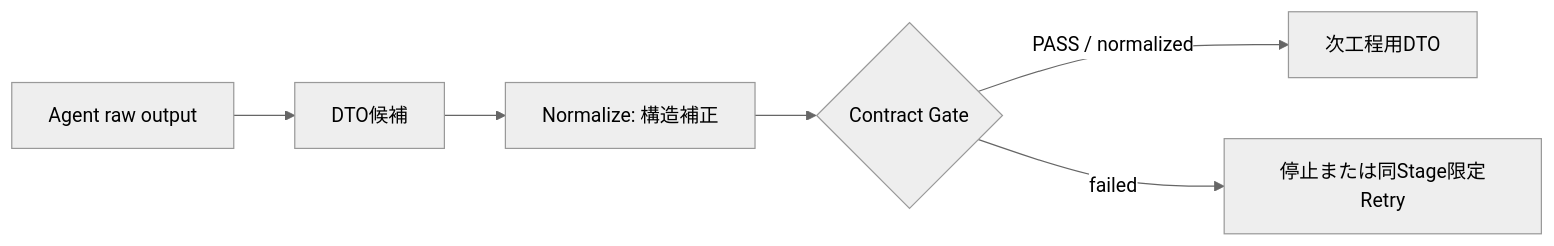
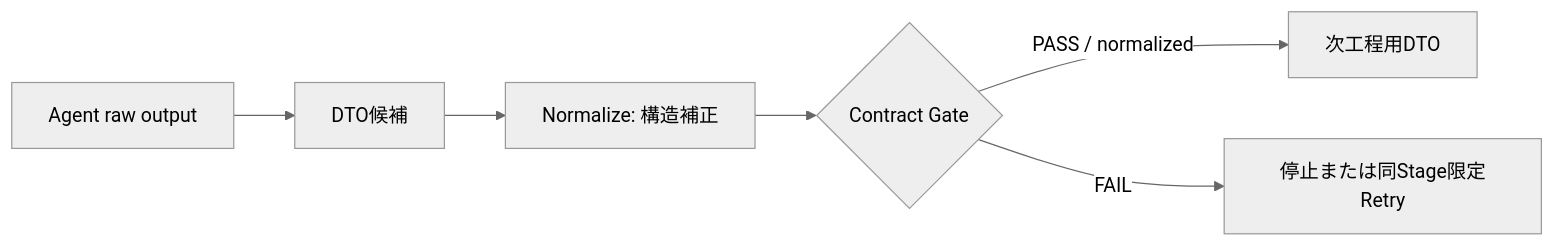
The fourth of 11 diagrams in docs/public/architecture-public.md (fctaityo/fctaityo.github.io), drawn with Mermaid (neutral theme) before and after one commit. The commit also changed other lines of this file, not shown here.

````diff
--- a/docs/public/architecture-public.md
+++ b/docs/public/architecture-public.md
@@ -104,6 +110,6 @@
 ```mermaid
 flowchart LR
   A["Agent raw output"] --> D["DTO候補"] --> N["Normalize: 構造補正"] --> G{"Contract Gate"}
   G -->|PASS / normalized| X["次工程用DTO"]
-  G -->|failed| F["停止または同Stage限定Retry"]
+  G -->|FAIL| F["停止または同Stage限定Retry"]
 ```
````
